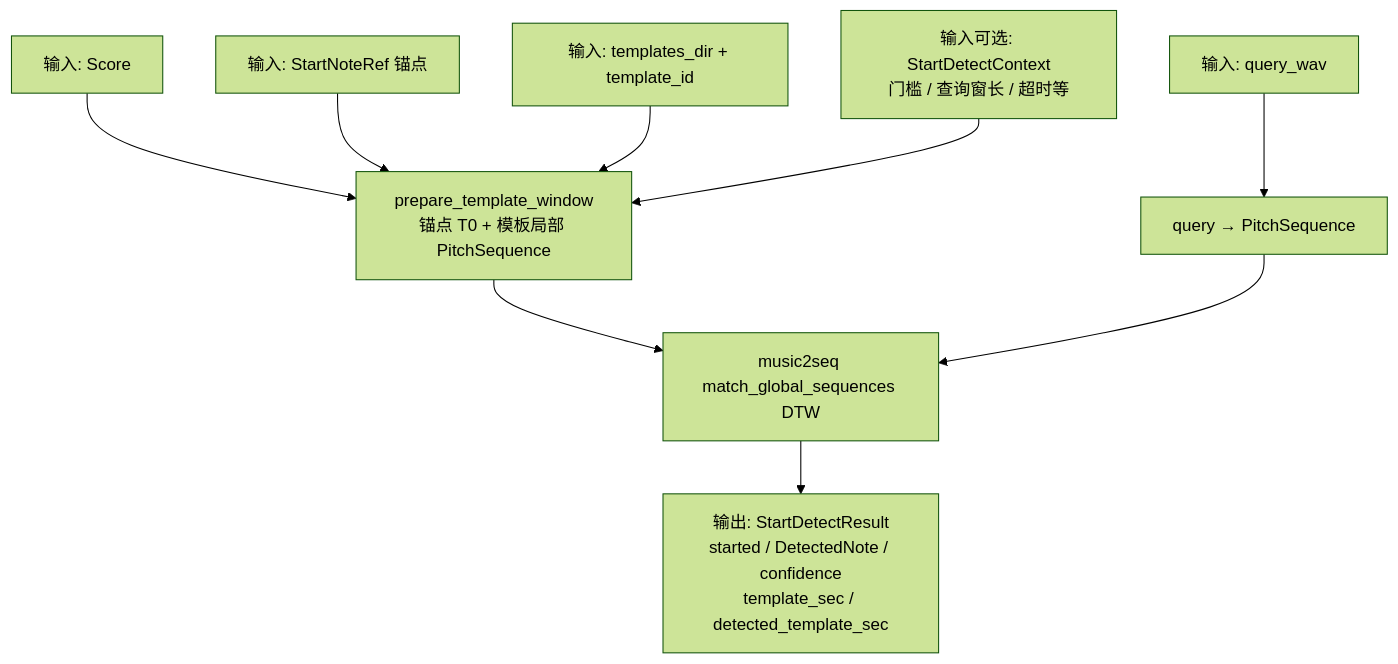
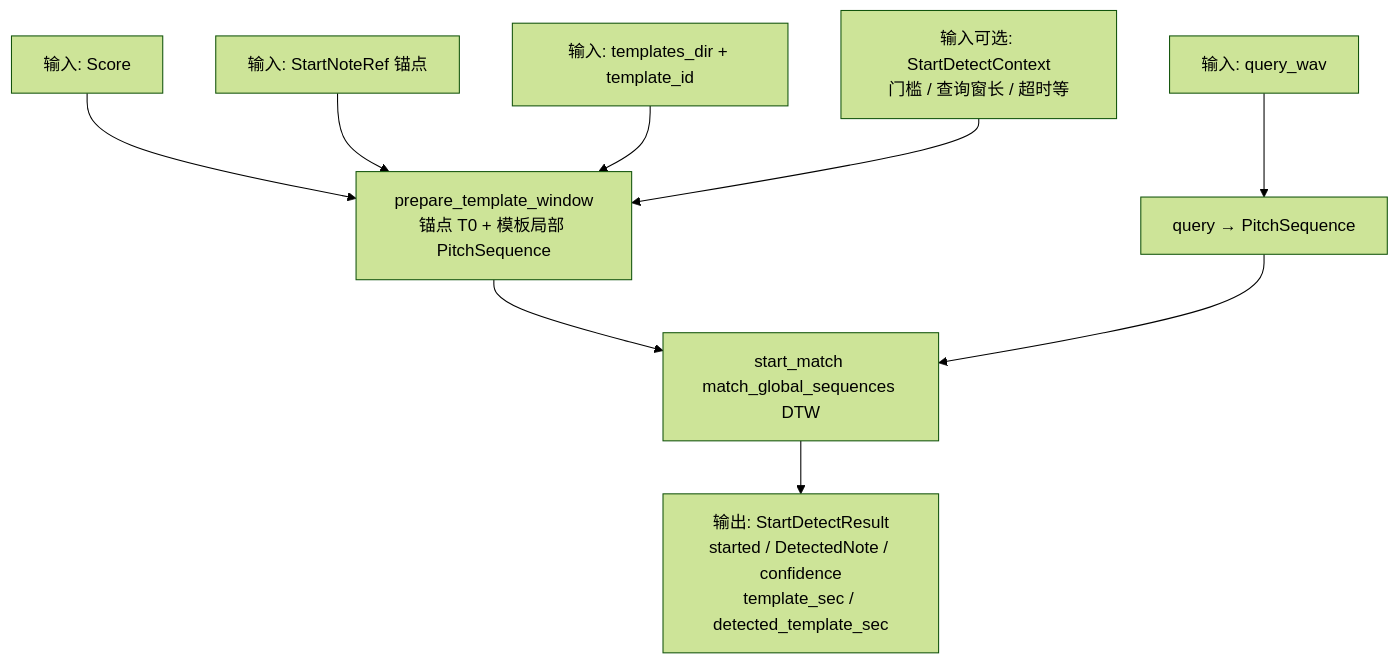
The sixth of 10 diagrams in doc/ARCHITECTURE.md (heckletbot/musicPractice), drawn with Mermaid (forest theme) before and after one commit. The commit also changed other lines of this file and 52 other files, not shown here.

First line of the commit message:
Add PitchTrackData contract and vendor start_match (ex-music2seq).

````diff
--- a/doc/ARCHITECTURE.md
+++ b/doc/ARCHITECTURE.md
@@ -162,21 +162,21 @@
 ```mermaid
 flowchart TB
   InS["输入: Score"]
   InR["输入: StartNoteRef 锚点"]
   InQ["输入: query_wav"]
   InT["输入: templates_dir + template_id"]
   Ctx["输入可选: StartDetectContext<br/>门槛 / 查询窗长 / 超时等"]
 
   Prep["prepare_template_window<br/>锚点 T0 + 模板局部 PitchSequence"]
   QPitch["query → PitchSequence"]
-  DTW["music2seq match_global_sequences DTW"]
+  DTW["start_match match_global_sequences DTW"]
   Out["输出: StartDetectResult<br/>started / DetectedNote / confidence<br/>template_sec / detected_template_sec"]
 
   InS --> Prep
   InR --> Prep
   InT --> Prep
   Ctx --> Prep
   Prep --> DTW
   InQ --> QPitch --> DTW
   DTW --> Out
 ```
````
